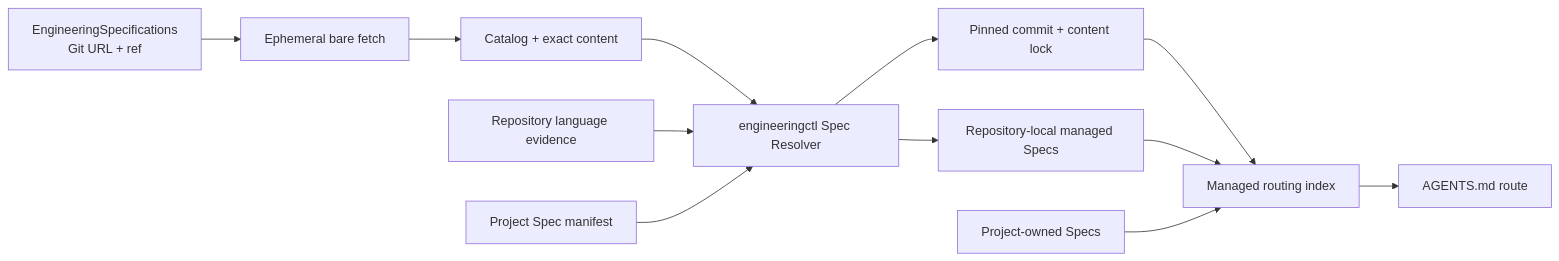
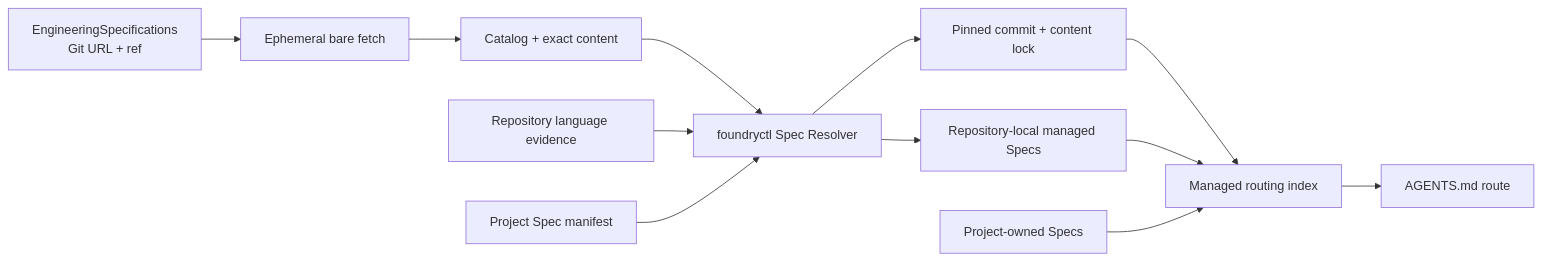
The first of 2 diagrams in docs/design-docs/engineering-spec-management.md (XiaoWeiKIN/RepoFoundryAI), drawn with Mermaid before and after one commit. The commit also changed other lines of this file and 36 other files, not shown here.

````diff
--- a/docs/design-docs/engineering-spec-management.md
+++ b/docs/design-docs/engineering-spec-management.md
@@ -25,14 +25,14 @@
 ```mermaid
 flowchart LR
     G["EngineeringSpecifications<br/>Git URL + ref"] --> F["Ephemeral bare fetch"]
     F --> C["Catalog + exact content"]
-    C --> R["engineeringctl Spec Resolver"]
+    C --> R["foundryctl Spec Resolver"]
     D["Repository language evidence"] --> R
     P["Project Spec manifest"] --> R
     R --> L["Pinned commit + content lock"]
     R --> M["Repository-local managed Specs"]
     L --> I["Managed routing index"]
     M --> I
     X["Project-owned Specs"] --> I
     I --> A["AGENTS.md route"]
 ```
````
